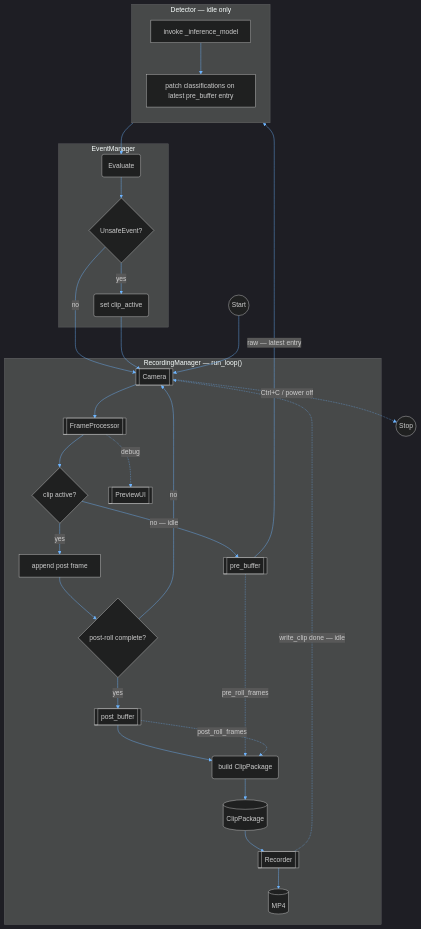
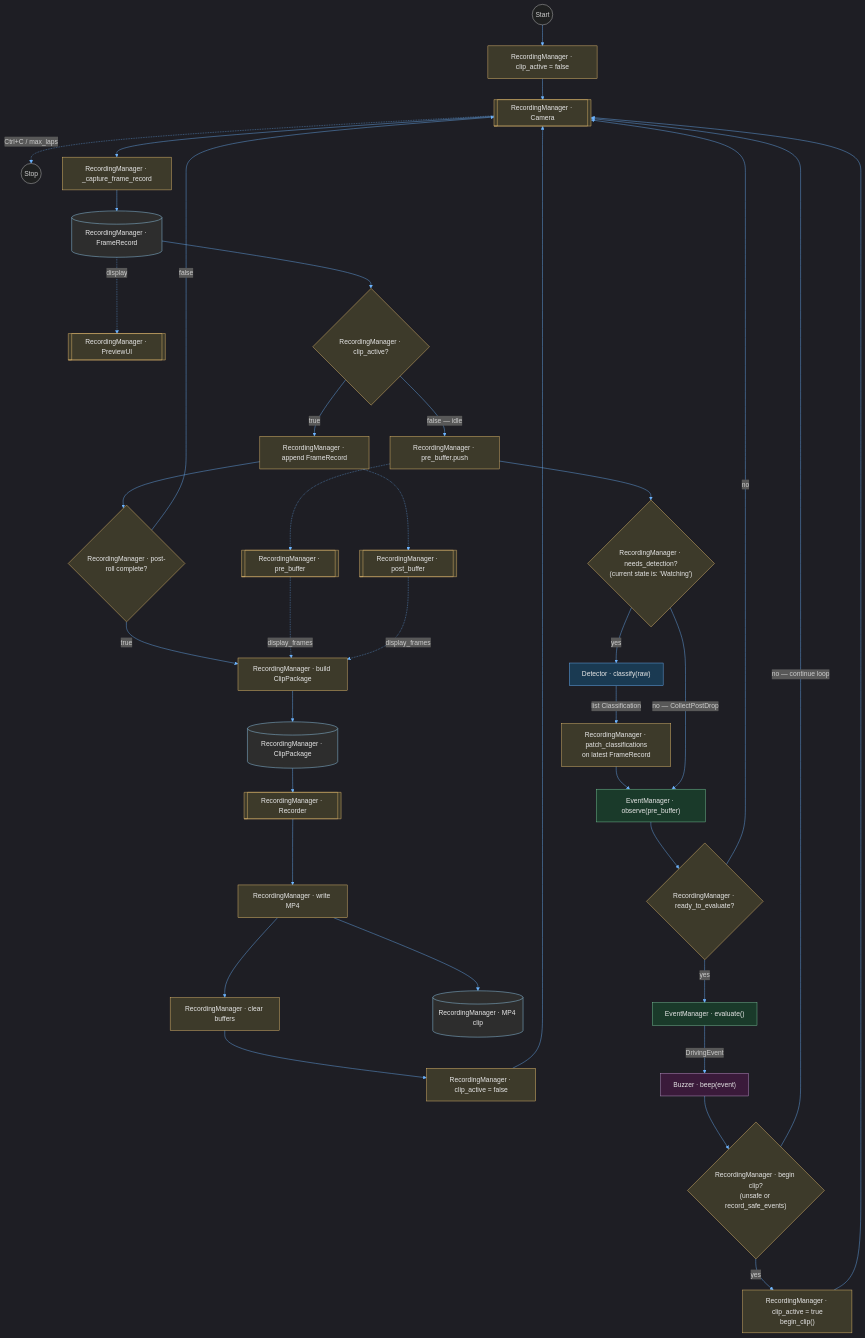
Before and after one commit to GregT7/NetraPi: the sixth of 15 diagrams in project_management/diagrams/event_clip_pipeline.md, drawn with Mermaid. The commit also changed other lines of this file and 165 other files, not shown here.

First line of the commit message:
NTRP-3: setup edge recording and unsafe event detection system

````diff
--- a/project_management/diagrams/event_clip_pipeline.md
+++ b/project_management/diagrams/event_clip_pipeline.md
@@ -19,57 +192,77 @@
 ```mermaid
 %%{init: {'theme': 'dark', 'themeVariables': { 'primaryTextColor': '#e6e6e6', 'lineColor': '#6eb5ff', 'fontSize': '16px'}}}%%
 flowchart TB
     START((Start))
     STOP((Stop))
 
-    subgraph RM ["RecordingManager — run_loop()"]
-        C[[Camera]]
-        F[[FrameProcessor]]
-        CA{clip active?}
-        PRE[[pre_buffer]]
-        POST[[post_buffer]]
-        APP[append post frame]
-        PRC{post-roll complete?}
-        BLD(build ClipPackage)
-        PKG[(ClipPackage)]
-        R[[Recorder]]
-        OUT[(MP4)]
-        C --> F
-        F --> CA
-        F -.->|debug| PUI[[PreviewUI]]
-        CA -->|no — idle| PRE
-        CA -->|yes| APP
-        APP --> PRC
-        PRC -->|no| C
-        PRC -->|yes| POST
-        POST --> BLD
-        PRE -.->|pre_roll_frames| BLD
-        POST -.->|post_roll_frames| BLD
-        BLD --> PKG
-        PKG --> R
-        R --> OUT
-        R -.->|write_clip done — idle| C
-    end
+    INIT["RecordingManager · clip_active = false"]
+    C[["RecordingManager · Camera"]]
+    CAP["RecordingManager · _capture_frame_record"]
+    FR[("RecordingManager · FrameRecord")]
+    P[["RecordingManager · PreviewUI"]]
+    PRE[["RecordingManager · pre_buffer"]]
+    POST[["RecordingManager · post_buffer"]]
+    CA{"RecordingManager · clip_active?"}
+    APPIDLE["RecordingManager · pre_buffer.push"]
+    NEEDDET{"RecordingManager · needs_detection?<br/>(current state is: 'Watching')"}
+    PATCH["RecordingManager · patch_classifications<br/>on latest FrameRecord"]
+    READY{"RecordingManager · ready_to_evaluate?"}
+    REC{"RecordingManager · begin clip?<br/>(unsafe or record_safe_events)"}
+    SET["RecordingManager · clip_active = true<br/>begin_clip()"]
+    APPPOST["RecordingManager · append FrameRecord"]
+    PRC{"RecordingManager · post-roll complete?"}
+    BLD["RecordingManager · build ClipPackage"]
+    PKG[("RecordingManager · ClipPackage")]
+    R[["RecordingManager · Recorder"]]
+    WMP4["RecordingManager · write MP4"]
+    CLRBUF["RecordingManager · clear buffers"]
+    CLR["RecordingManager · clip_active = false"]
+    OUT[("RecordingManager · MP4 clip")]
 
-    subgraph DET ["Detector — idle only"]
-        direction TB
-        INV[invoke _inference_model]
-        UPD[patch classifications on latest pre_buffer entry]
-        INV --> UPD
-    end
+    CLS["Detector · classify(raw)"]
+    OBS["EventManager · observe(pre_buffer)"]
+    EV["EventManager · evaluate()"]
+    BEEP["Buzzer · beep(event)"]
 
-    subgraph EM [EventManager]
-        EV(Evaluate)
-        UE{UnsafeEvent?}
-        SET(set clip_active)
-        EV --> UE
-        UE -->|yes| SET
-        UE -->|no| C
-        SET --> C
-    end
+    START --> INIT --> C --> CAP --> FR --> CA
+    FR -.->|display| P
 
-    START --> C
-    PRE -->|raw — latest entry| INV
-    UPD --> EV
-    C -.->|Ctrl+C / power off| STOP
+    CA -->|false — idle| APPIDLE
+    APPIDLE -.-> PRE
+    APPIDLE --> NEEDDET
+    NEEDDET -->|yes| CLS
+    CLS -->|list Classification| PATCH
+    PATCH --> OBS
+    NEEDDET -->|no — CollectPostDrop| OBS
+    OBS --> READY
+    READY -->|yes| EV
+    EV -->|DrivingEvent| BEEP
+    BEEP --> REC
+    READY -->|no| C
+    REC -->|yes| SET --> C
+    REC -->|no — continue loop| C
+
+    CA -->|true| APPPOST
+    APPPOST -.-> POST
+    APPPOST --> PRC
+    PRC -->|false| C
+    PRC -->|true| BLD
+    PRE -.->|display_frames| BLD
+    POST -.->|display_frames| BLD
+    BLD --> PKG --> R --> WMP4
+    WMP4 --> OUT
+    WMP4 --> CLRBUF --> CLR --> C
+
+    C -.->|Ctrl+C / max_laps| STOP
+
+    classDef rm fill:#3d3a2a,stroke:#f0c674,color:#e6e6e6
+    classDef det fill:#1a3a52,stroke:#6eb5ff,color:#e6e6e6
+    classDef em fill:#1a3a2a,stroke:#7dcea0,color:#e6e6e6
+    classDef bz fill:#3a1a3a,stroke:#c39bd3,color:#e6e6e6
+    classDef data fill:#2d2d2d,stroke:#9cdcfe,color:#e6e6e6
+    class INIT,C,CAP,P,PRE,POST,CA,APPIDLE,NEEDDET,PATCH,READY,REC,SET,APPPOST,PRC,BLD,R,WMP4,CLRBUF,CLR rm
+    class FR,PKG,OUT data
+    class CLS det
+    class OBS,EV em
+    class BEEP bz
 ```
````
